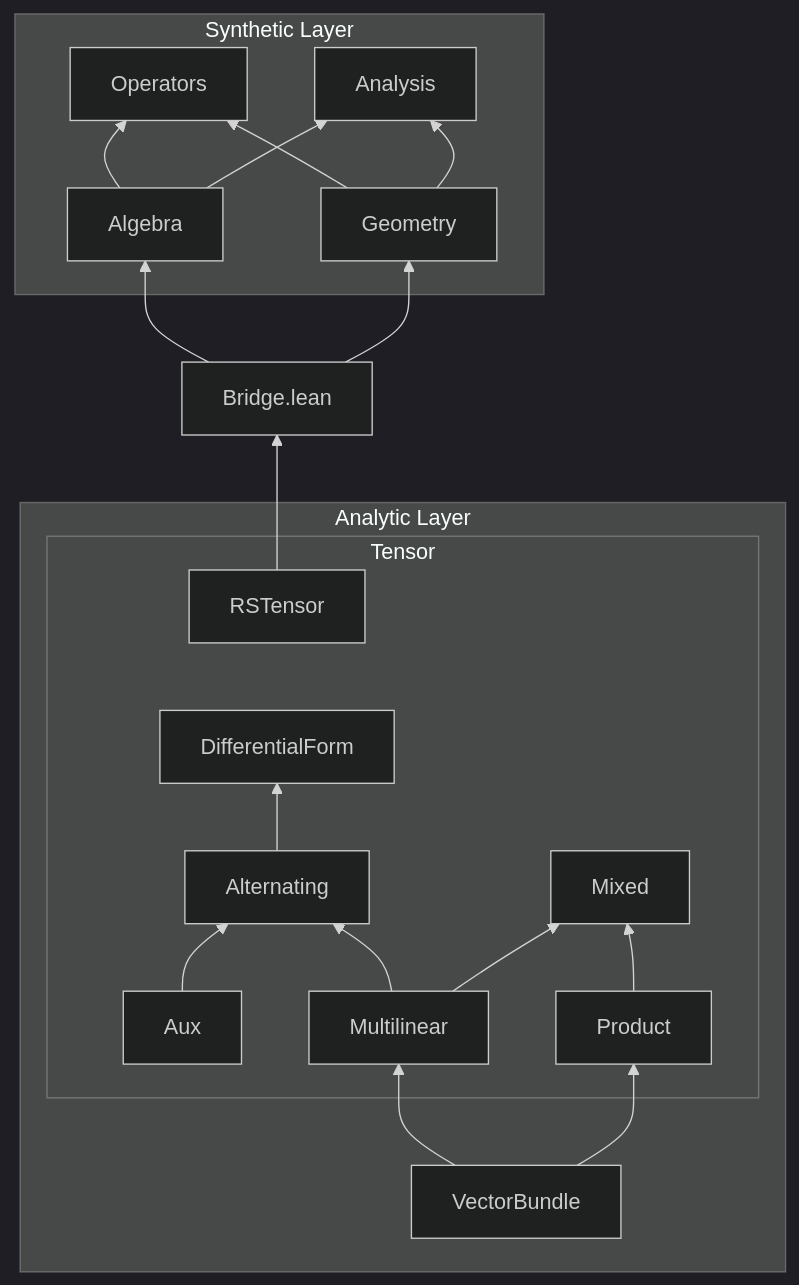
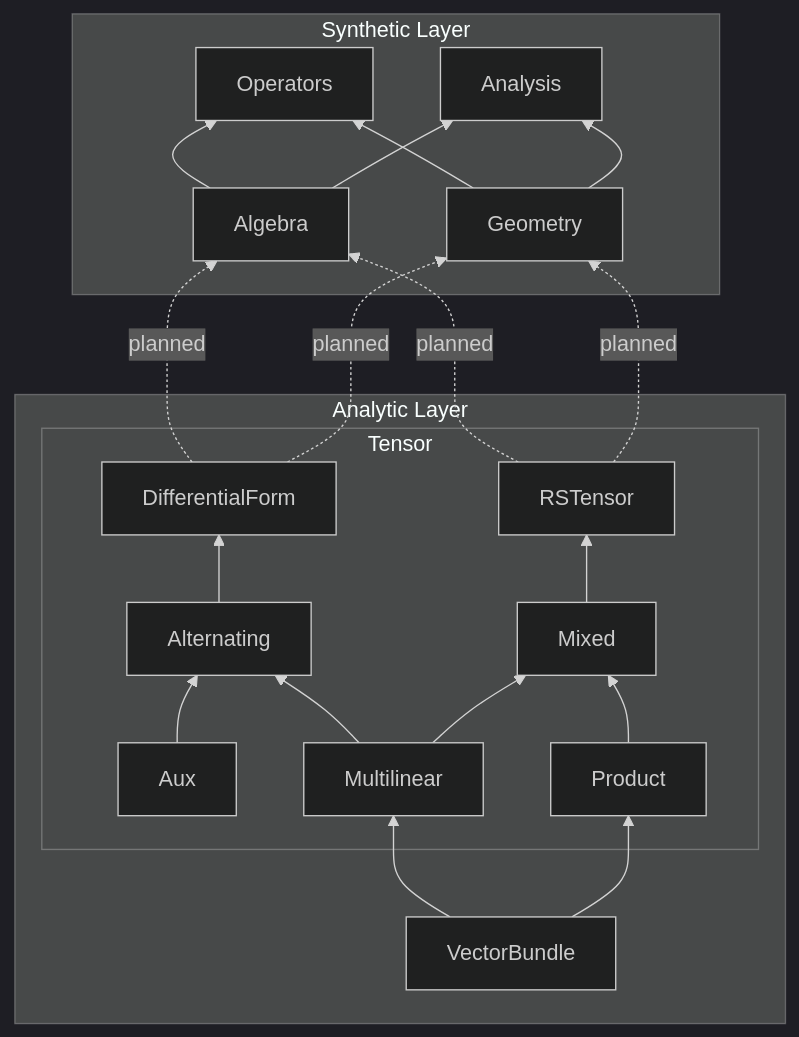
The diagram in README.md (liao9yuan/differential-geometry), drawn with Mermaid (dark theme) before and after one commit. The commit also changed other lines of this file and 14 other files, not shown here.

````diff
--- a/README.md
+++ b/README.md
@@ -7,44 +7,44 @@
 ```mermaid
 flowchart BT
     subgraph AnalyticLayer [Analytic Layer]
         DirVB[VectorBundle]
 
         subgraph Tensor [Tensor]
             DirAux[Aux]
             DirMultilinear[Multilinear]
             DirProduct[Product]
             DirMixed[Mixed]
             DirAlt[Alternating]
             DirDiffForm[DifferentialForm]
             DirRSB[RSTensor]
 
             DirAux --> DirAlt
             DirMultilinear --> DirAlt
             DirMultilinear --> DirMixed
             DirProduct --> DirMixed
             DirAlt --> DirDiffForm
+            DirMixed --> DirRSB
         end
 
         DirVB --> DirMultilinear
         DirVB --> DirProduct
     end
-
-    DirRSB --> Bridge[Bridge.lean]
-    DirDiffForm ~~~ DirRSB
 
     subgraph SyntheticLayer [Synthetic Layer]
         DirAlg[Algebra]
         DirGeom[Geometry]
         DirOperators[Operators]
         DirAnalysis[Analysis]
 
         DirAlg --> DirOperators
         DirGeom --> DirOperators
 
         DirAlg --> DirAnalysis
         DirGeom --> DirAnalysis
     end
 
-    Bridge --> DirAlg
-    Bridge --> DirGeom
+    DirRSB -.->|planned| DirAlg
+    DirRSB -.->|planned| DirGeom
+    DirDiffForm -.->|planned| DirAlg
+    DirDiffForm -.->|planned| DirGeom
 ```
````
